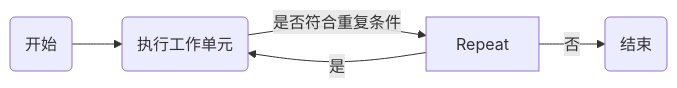
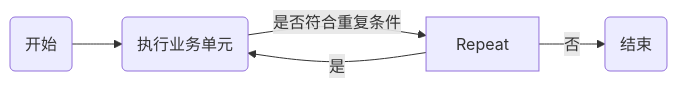
One commit to tenderne13/hello-easy-flow-bpmn changed the fifth of 10 diagrams in README.md. Above: the diagram before and after it, drawn with Mermaid. The commit also changed other lines of this file and 3 other files, not shown here.

````diff
--- a/README.md
+++ b/README.md
@@ -78,7 +78,7 @@
 ```mermaid
 graph LR
-    Start(开始) --> Action(执行工作单元)
+    Start(开始) --> Action(执行业务单元)
     Action -- 是否符合重复条件 --> Repeat
     Repeat -- 是 --> Action
     Repeat -- 否 --> End(结束)
 ```
````
